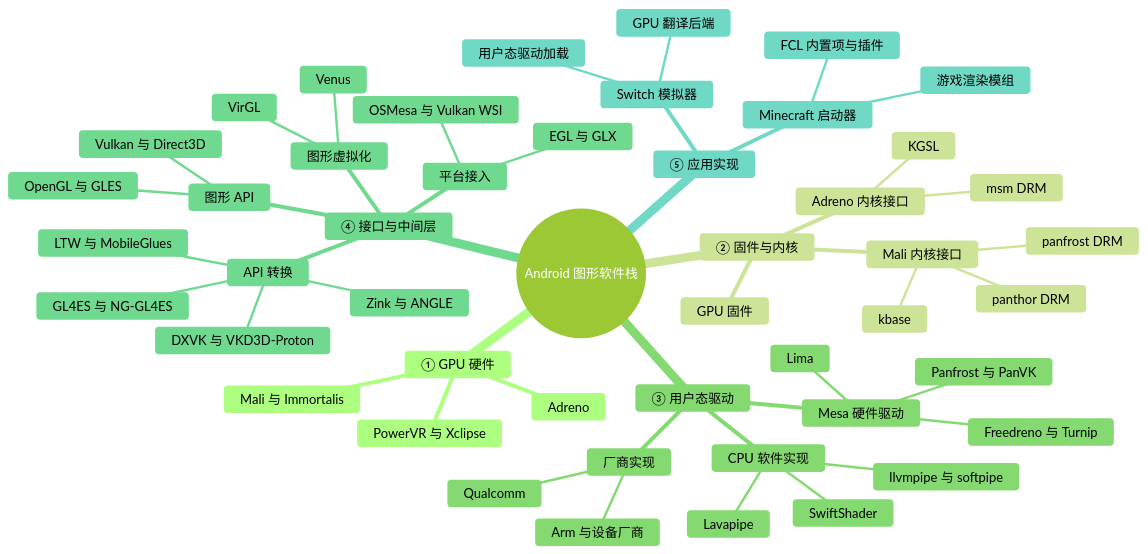
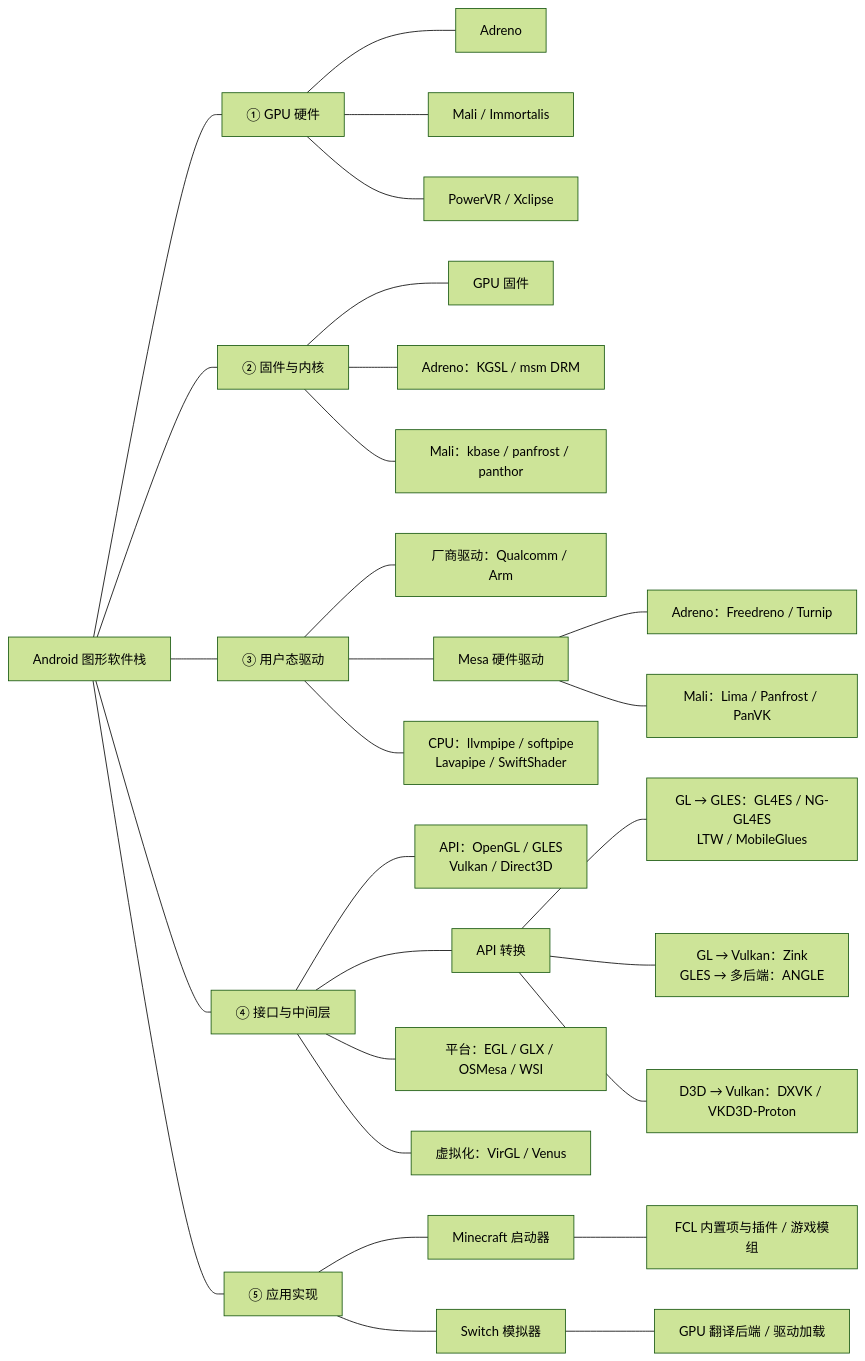
The diagram in README.md (villager1314/android-graphics-stack), drawn with Mermaid (forest theme) before and after one commit. The commit also changed other lines of this file, not shown here.

Commit message:
docs: replace radial mindmap with hierarchical tree

````diff
--- a/README.md
+++ b/README.md
@@ -11,51 +11,41 @@
 ```mermaid
-mindmap
-  root((Android 图形软件栈))
-    ① GPU 硬件
-      Adreno
-      Mali 与 Immortalis
-      PowerVR 与 Xclipse
-    ② 固件与内核
-      GPU 固件
-      Adreno 内核接口
-        KGSL
-        msm DRM
-      Mali 内核接口
-        kbase
-        panfrost DRM
-        panthor DRM
-    ③ 用户态驱动
-      厂商实现
-        Qualcomm
-        Arm 与设备厂商
-      Mesa 硬件驱动
-        Freedreno 与 Turnip
-        Lima
-        Panfrost 与 PanVK
-      CPU 软件实现
-        llvmpipe 与 softpipe
-        Lavapipe
-        SwiftShader
-    ④ 接口与中间层
-      图形 API
-        OpenGL 与 GLES
-        Vulkan 与 Direct3D
-      API 转换
-        GL4ES 与 NG-GL4ES
-        LTW 与 MobileGlues
-        Zink 与 ANGLE
-        DXVK 与 VKD3D-Proton
-      平台接入
-        EGL 与 GLX
-        OSMesa 与 Vulkan WSI
-      图形虚拟化
-        VirGL
-        Venus
-    ⑤ 应用实现
-      Minecraft 启动器
-        FCL 内置项与插件
-        游戏渲染模组
-      Switch 模拟器
-        GPU 翻译后端
-        用户态驱动加载
+flowchart LR
+    ROOT["Android 图形软件栈"]
+
+    ROOT --- HW["① GPU 硬件"]
+    ROOT --- KERNEL["② 固件与内核"]
+    ROOT --- USER["③ 用户态驱动"]
+    ROOT --- MIDDLE["④ 接口与中间层"]
+    ROOT --- APP["⑤ 应用实现"]
+
+    HW --- ADRENO["Adreno"]
+    HW --- MALI["Mali / Immortalis"]
+    HW --- OTHER["PowerVR / Xclipse"]
+
+    KERNEL --- FW["GPU 固件"]
+    KERNEL --- AK["Adreno：KGSL / msm DRM"]
+    KERNEL --- MK["Mali：kbase / panfrost / panthor"]
+
+    USER --- VENDOR["厂商驱动：Qualcomm / Arm"]
+    USER --- MESA["Mesa 硬件驱动"]
+    USER --- CPU["CPU：llvmpipe / softpipe
+Lavapipe / SwiftShader"]
+    MESA --- FD["Adreno：Freedreno / Turnip"]
+    MESA --- PAN["Mali：Lima / Panfrost / PanVK"]
+
+    MIDDLE --- API["API：OpenGL / GLES
+Vulkan / Direct3D"]
+    MIDDLE --- TRANS["API 转换"]
+    MIDDLE --- PLATFORM["平台：EGL / GLX / OSMesa / WSI"]
+    MIDDLE --- VIRTUAL["虚拟化：VirGL / Venus"]
+    TRANS --- GLES["GL → GLES：GL4ES / NG-GL4ES
+LTW / MobileGlues"]
+    TRANS --- VK["GL → Vulkan：Zink
+GLES → 多后端：ANGLE"]
+    TRANS --- D3D["D3D → Vulkan：DXVK / VKD3D-Proton"]
+
+    APP --- MC["Minecraft 启动器"]
+    APP --- NS["Switch 模拟器"]
+    MC --- FCL["FCL 内置项与插件 / 游戏模组"]
+    NS --- EMU["GPU 翻译后端 / 驱动加载"]
 ```
````
